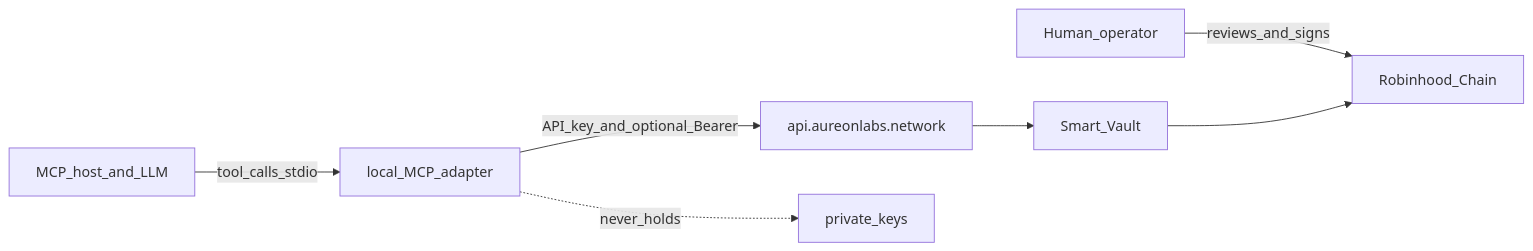
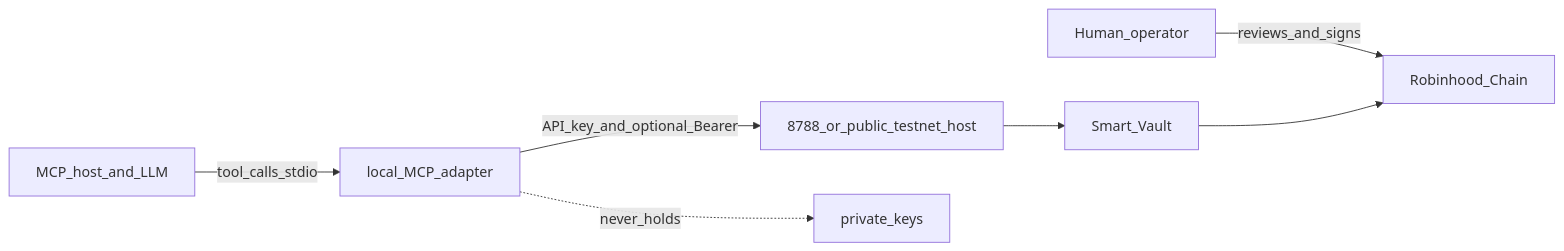
One commit to buildaureon/aureon-mcp changed the first of 2 diagrams in docs/security.md. Above: the diagram before and after it, drawn with Mermaid. The commit also changed other lines of this file, not shown here.

Commit message:
docs: label public host as testnet 46630

````diff
--- a/docs/security.md
+++ b/docs/security.md
@@ -20,9 +20,9 @@
 ```mermaid
 flowchart LR
   Host[MCP_host_and_LLM] -->|tool_calls_stdio| MCP[local_MCP_adapter]
-  MCP -->|API_key_and_optional_Bearer| API[api.aureonlabs.network]
+  MCP -->|API_key_and_optional_Bearer| API[8788_or_public_testnet_host]
   MCP -.->|never_holds| PK[private_keys]
   Human[Human_operator] -->|reviews_and_signs| Chain[Robinhood_Chain]
   API --> Vault[Smart_Vault]
   Vault --> Chain
 ```
````
